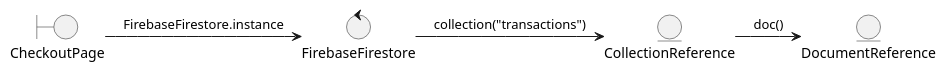
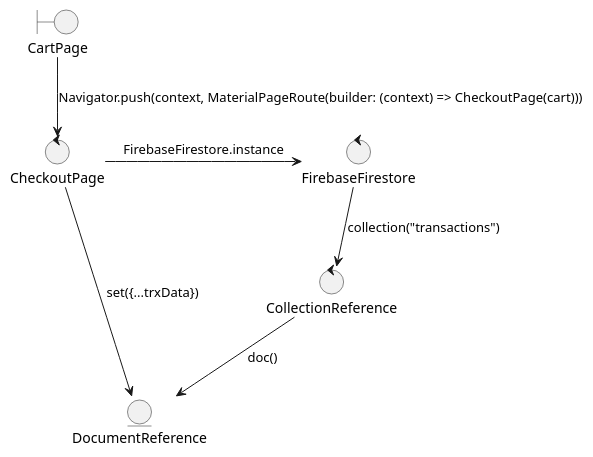
One commit to stnDinus/skpl_apbo_diagrams changed the diagram in trx_colab.puml. Above: the diagram before and after it, drawn with PlantUML. The commit also changed 19 other files, not shown here.

Commit message:
fix: sequence, colab diagrams

```diff
--- a/trx_colab.puml
+++ b/trx_colab.puml
@@ -1,11 +1,14 @@
 @startuml
-boundary CheckoutPage
+boundary CartPage
+control CheckoutPage
 control FirebaseFirestore
-entity CollectionReference
+control CollectionReference
 entity DocumentReference
 
+(CartPage) --> (CheckoutPage): Navigator.push(context, MaterialPageRoute(builder: (context) => CheckoutPage(cart)))
 (CheckoutPage) -> (FirebaseFirestore): FirebaseFirestore.instance
-(FirebaseFirestore) -> (CollectionReference): collection("transactions")
-(CollectionReference) -> (DocumentReference): doc()
+(FirebaseFirestore) --> (CollectionReference): collection("transactions")
+(CollectionReference) --> (DocumentReference): doc()
+(CheckoutPage) ---> (DocumentReference): set({...trxData})
 
 @enduml
```
